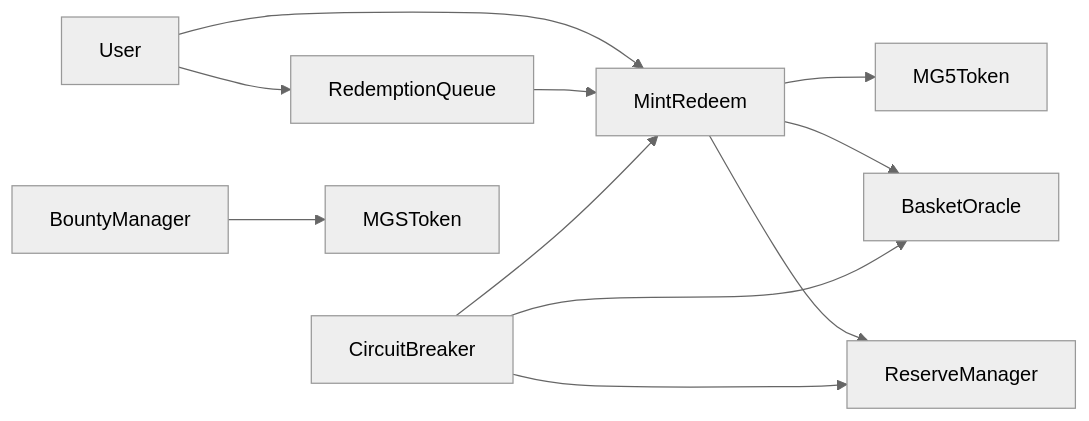
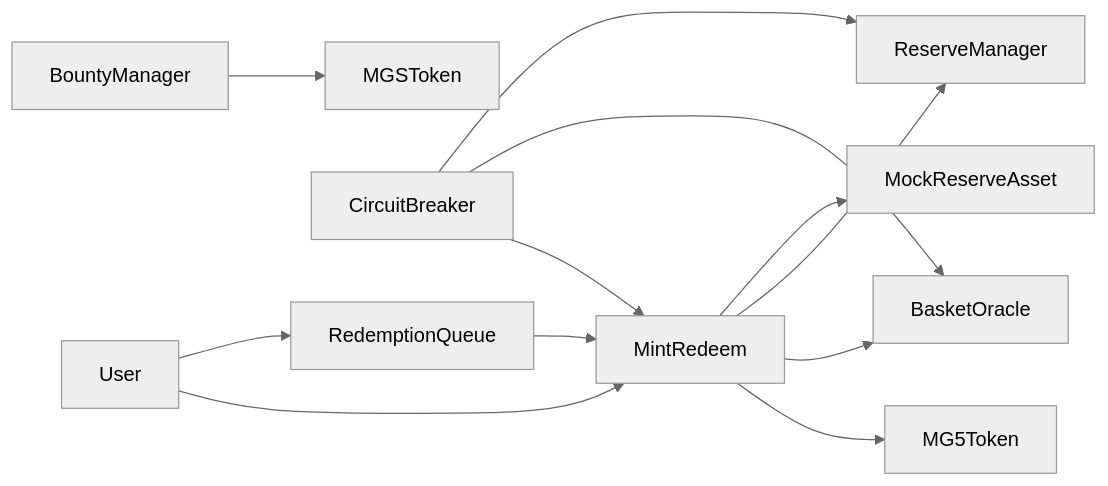
One commit to unixsysdev/mg-5 changed the diagram in docs/ARCHITECTURE.md. Above: the diagram before and after it, drawn with Mermaid (neutral theme). The commit also changed other lines of this file and 41 other files, not shown here.

Commit message:
Harden MG5 protocol mock collateral flow

````diff
--- a/docs/ARCHITECTURE.md
+++ b/docs/ARCHITECTURE.md
@@ -20,13 +22,14 @@
 ```mermaid
 flowchart LR
-  User --> MintRedeem
-  MintRedeem --> MG5Token
-  MintRedeem --> BasketOracle
-  MintRedeem --> ReserveManager
-  User --> RedemptionQueue
-  RedemptionQueue --> MintRedeem
+User --> MintRedeem
+MintRedeem --> MG5Token
+MintRedeem --> BasketOracle
+MintRedeem --> ReserveManager
+MintRedeem --> MockReserveAsset
+User --> RedemptionQueue
+RedemptionQueue --> MintRedeem
   CircuitBreaker --> MintRedeem
   CircuitBreaker --> BasketOracle
   CircuitBreaker --> ReserveManager
   BountyManager --> MGSToken
 ```
````
